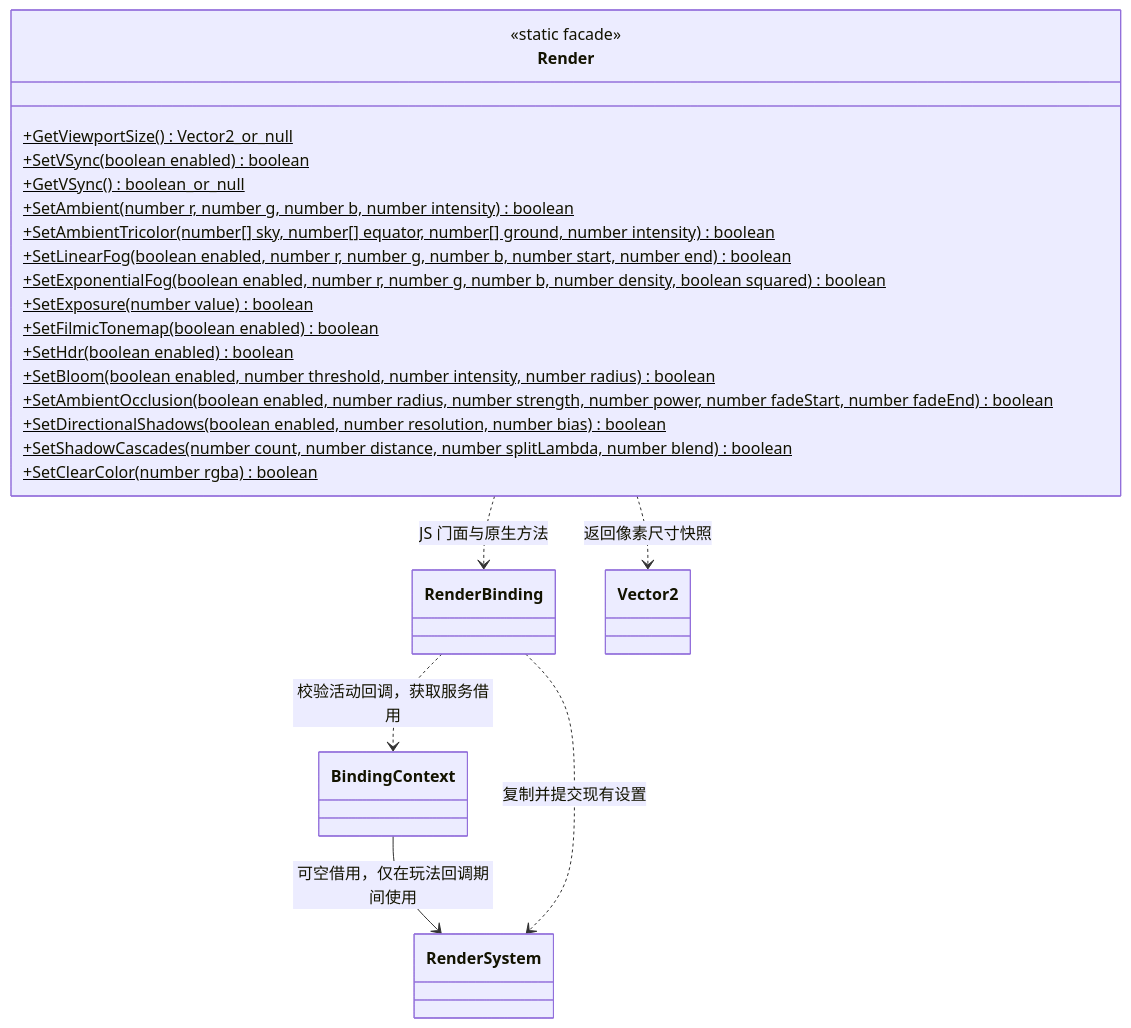
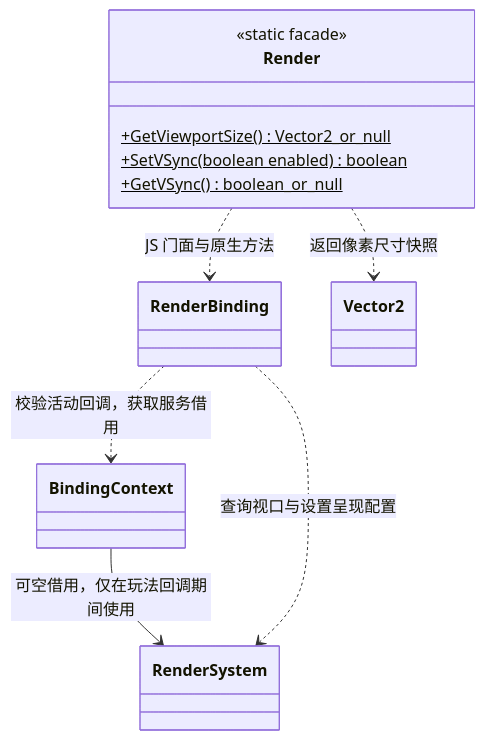
One commit to lcals/Engine changed the first of 2 diagrams in docs/plugins/runtime/class-diagrams/render-script-api.md. Above: the diagram before and after it, drawn with Mermaid. The commit also changed other lines of this file and 195 other files, not shown here.

````diff
--- a/docs/plugins/runtime/class-diagrams/render-script-api.md
+++ b/docs/plugins/runtime/class-diagrams/render-script-api.md
@@ -9,30 +9,18 @@
 ```mermaid
 classDiagram
     class Render {
         <<static facade>>
         +GetViewportSize() Vector2_or_null$
         +SetVSync(boolean enabled) boolean$
         +GetVSync() boolean_or_null$
-        +SetAmbient(number r, number g, number b, number intensity) boolean$
-        +SetAmbientTricolor(number[] sky, number[] equator, number[] ground, number intensity) boolean$
-        +SetLinearFog(boolean enabled, number r, number g, number b, number start, number end) boolean$
-        +SetExponentialFog(boolean enabled, number r, number g, number b, number density, boolean squared) boolean$
-        +SetExposure(number value) boolean$
-        +SetFilmicTonemap(boolean enabled) boolean$
-        +SetHdr(boolean enabled) boolean$
-        +SetBloom(boolean enabled, number threshold, number intensity, number radius) boolean$
-        +SetAmbientOcclusion(boolean enabled, number radius, number strength, number power, number fadeStart, number fadeEnd) boolean$
-        +SetDirectionalShadows(boolean enabled, number resolution, number bias) boolean$
-        +SetShadowCascades(number count, number distance, number splitLambda, number blend) boolean$
-        +SetClearColor(number rgba) boolean$
     }
     class RenderBinding
     class BindingContext
     class RenderSystem
     class Vector2
     Render ..> Vector2 : 返回像素尺寸快照
     Render ..> RenderBinding : JS 门面与原生方法
     RenderBinding ..> BindingContext : 校验活动回调，获取服务借用
     BindingContext --> RenderSystem : 可空借用，仅在玩法回调期间使用
-    RenderBinding ..> RenderSystem : 复制并提交现有设置
+    RenderBinding ..> RenderSystem : 查询视口与设置呈现配置
 ```
````
